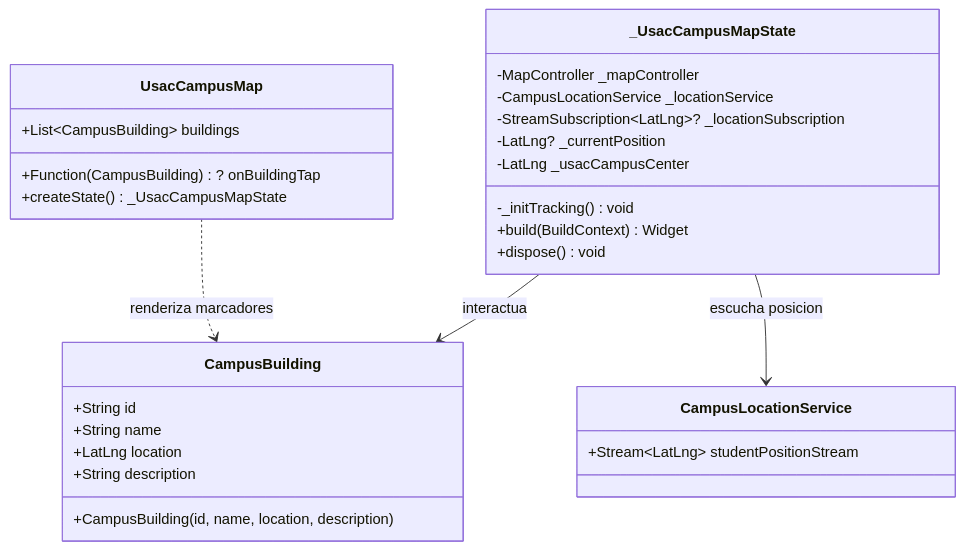
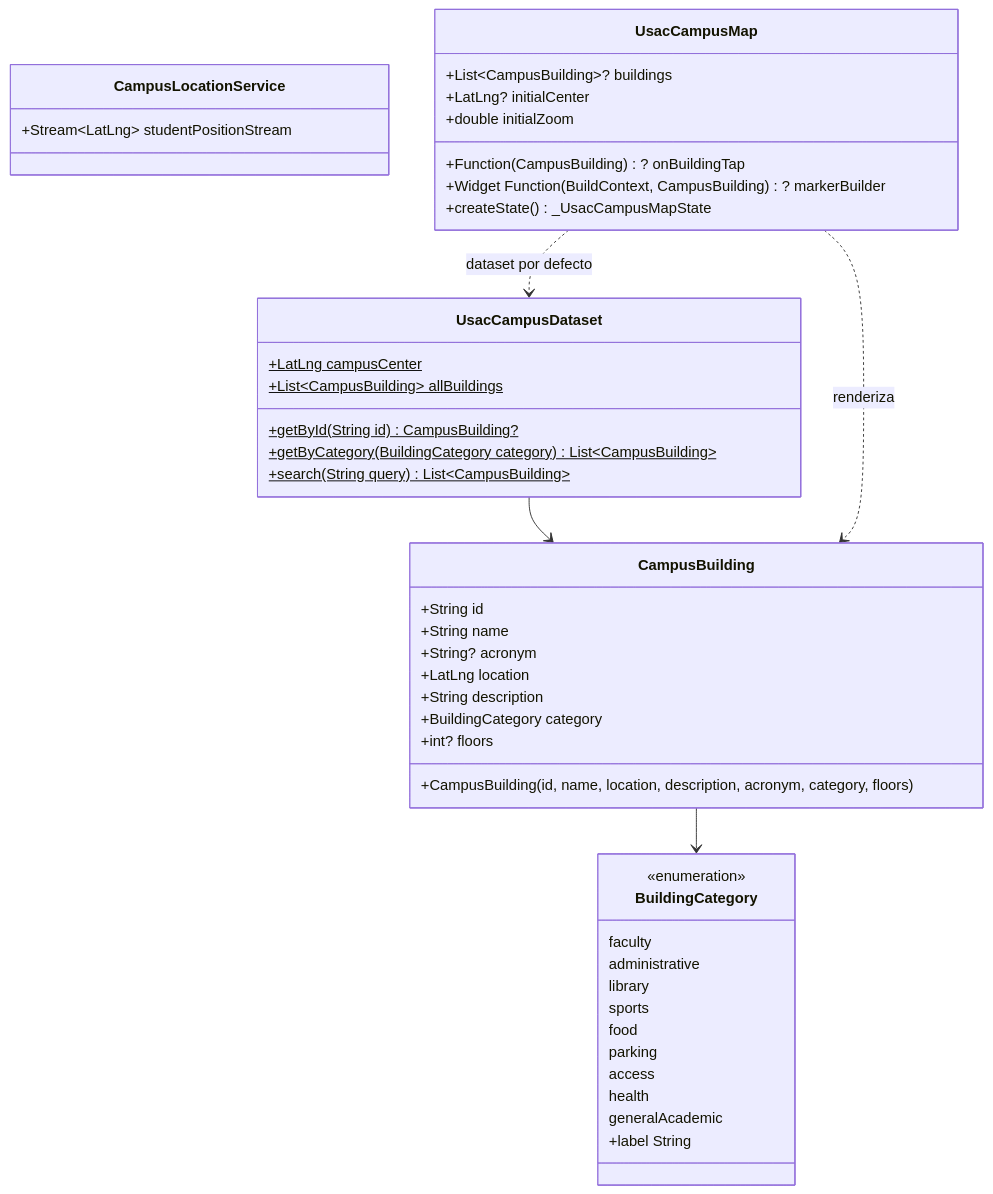
One commit to Trebol4Devop/usac_campus_map changed the second of 2 diagrams in README.md. Above: the diagram before and after it, drawn with Mermaid. The commit also changed other lines of this file and 6 other files, not shown here.

Commit message:
feat(dataset): implement comprehensive usac campus pois catalog and categories

````diff
--- a/README.md
+++ b/README.md
@@ -38,35 +52,53 @@
 ```mermaid
 classDiagram
+    class BuildingCategory {
+        <<enumeration>>
+        faculty
+        administrative
+        library
+        sports
+        food
+        parking
+        access
+        health
+        generalAcademic
+        +label String
+    }
+
     class CampusBuilding {
         +String id
         +String name
+        +String? acronym
         +LatLng location
         +String description
-        +CampusBuilding(id, name, location, description)
+        +BuildingCategory category
+        +int? floors
+        +CampusBuilding(id, name, location, description, acronym, category, floors)
+    }
+
+    class UsacCampusDataset {
+        +LatLng campusCenter$
+        +List~CampusBuilding~ allBuildings$
+        +getById(String id)$ CampusBuilding?
+        +getByCategory(BuildingCategory category)$ List~CampusBuilding~
+        +search(String query)$ List~CampusBuilding~
     }
 
     class CampusLocationService {
         +Stream~LatLng~ studentPositionStream
     }
 
     class UsacCampusMap {
-        +List~CampusBuilding~ buildings
+        +List~CampusBuilding~? buildings
         +Function(CampusBuilding)? onBuildingTap
+        +Widget Function(BuildContext, CampusBuilding)? markerBuilder
+        +LatLng? initialCenter
+        +double initialZoom
         +createState() _UsacCampusMapState
     }
 
-    class _UsacCampusMapState {
-        -MapController _mapController
-        -CampusLocationService _locationService
-        -StreamSubscription~LatLng~? _locationSubscription
-        -LatLng? _currentPosition
-        -LatLng _usacCampusCenter
-        -_initTracking() void
-        +build(BuildContext) Widget
-        +dispose() void
-    }
-
-    UsacCampusMap ..> CampusBuilding : renderiza marcadores
-    _UsacCampusMapState --> CampusLocationService : escucha posicion
-    _UsacCampusMapState --> CampusBuilding : interactua
+    CampusBuilding --> BuildingCategory
+    UsacCampusDataset --> CampusBuilding
+    UsacCampusMap ..> CampusBuilding : renderiza
+    UsacCampusMap ..> UsacCampusDataset : dataset por defecto
 ```
````
